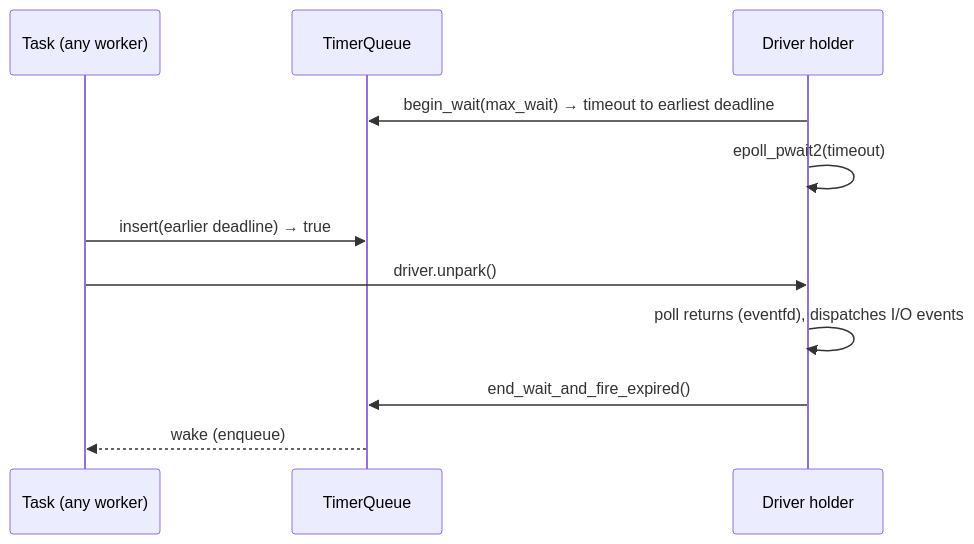
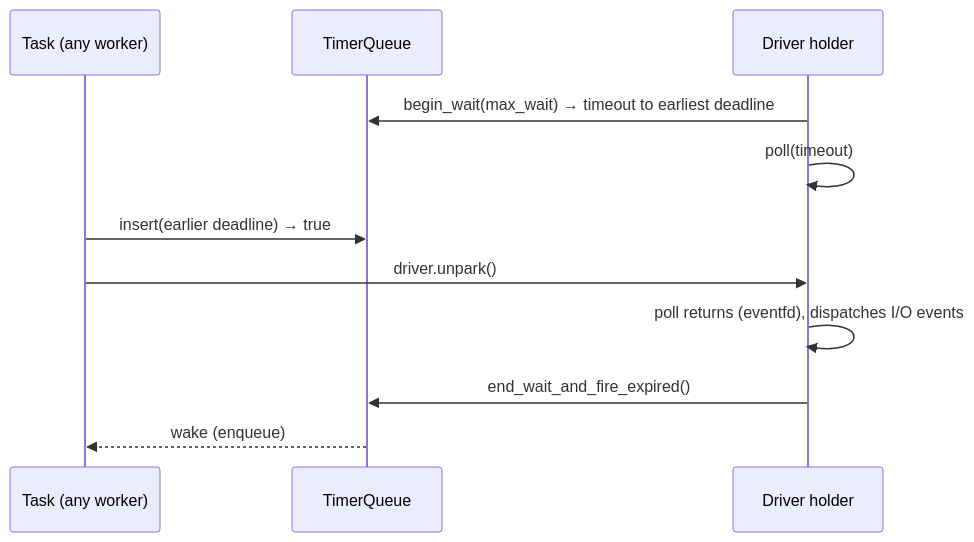
One commit to bts164/coro changed the fifth of 5 diagrams in doc/design/io_driver.md. Above: the diagram before and after it, drawn with Mermaid. The commit also changed other lines of this file and 10 other files, not shown here.

Commit message:
Added rockylinux 8.10 as a test platform, fixed missing UDP_SEGMENT & UDP_GRO macros compile error, and for consistency across platforms changed poller_epoll to always use ppoll/epoll_wait instead of try_epoll_pwait2 which is not always available.

````diff
--- a/doc/design/io_driver.md
+++ b/doc/design/io_driver.md
@@ -606,13 +611,13 @@
 ```mermaid
 sequenceDiagram
     participant T as Task (any worker)
     participant Q as TimerQueue
     participant H as Driver holder
     H->>Q: begin_wait(max_wait) → timeout to earliest deadline
-    H->>H: epoll_pwait2(timeout)
+    H->>H: poll(timeout)
     T->>Q: insert(earlier deadline) → true
     T->>H: driver.unpark()
     H->>H: poll returns (eventfd), dispatches I/O events
     H->>Q: end_wait_and_fire_expired()
     Q-->>T: wake (enqueue)
 ```
````
